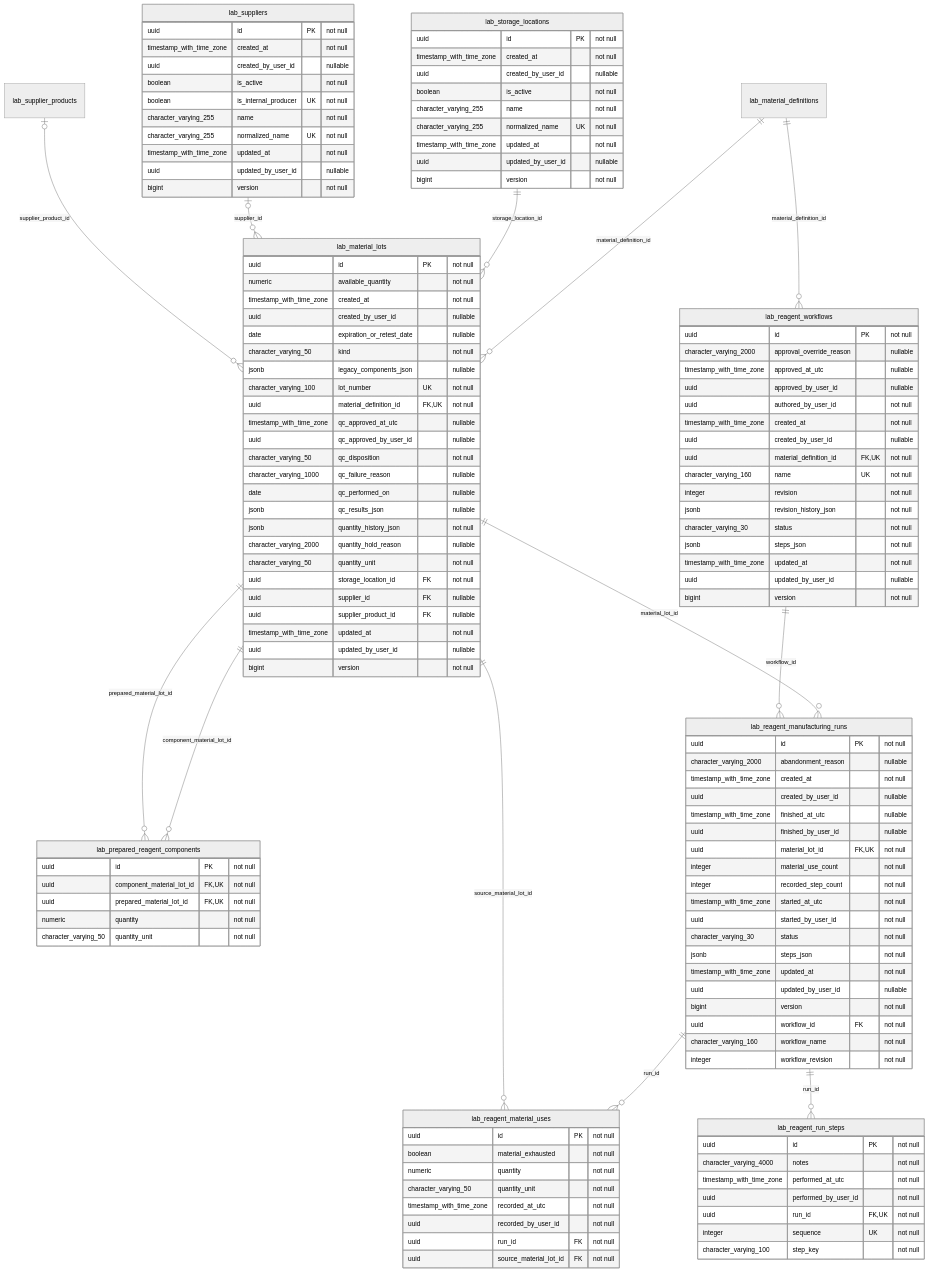
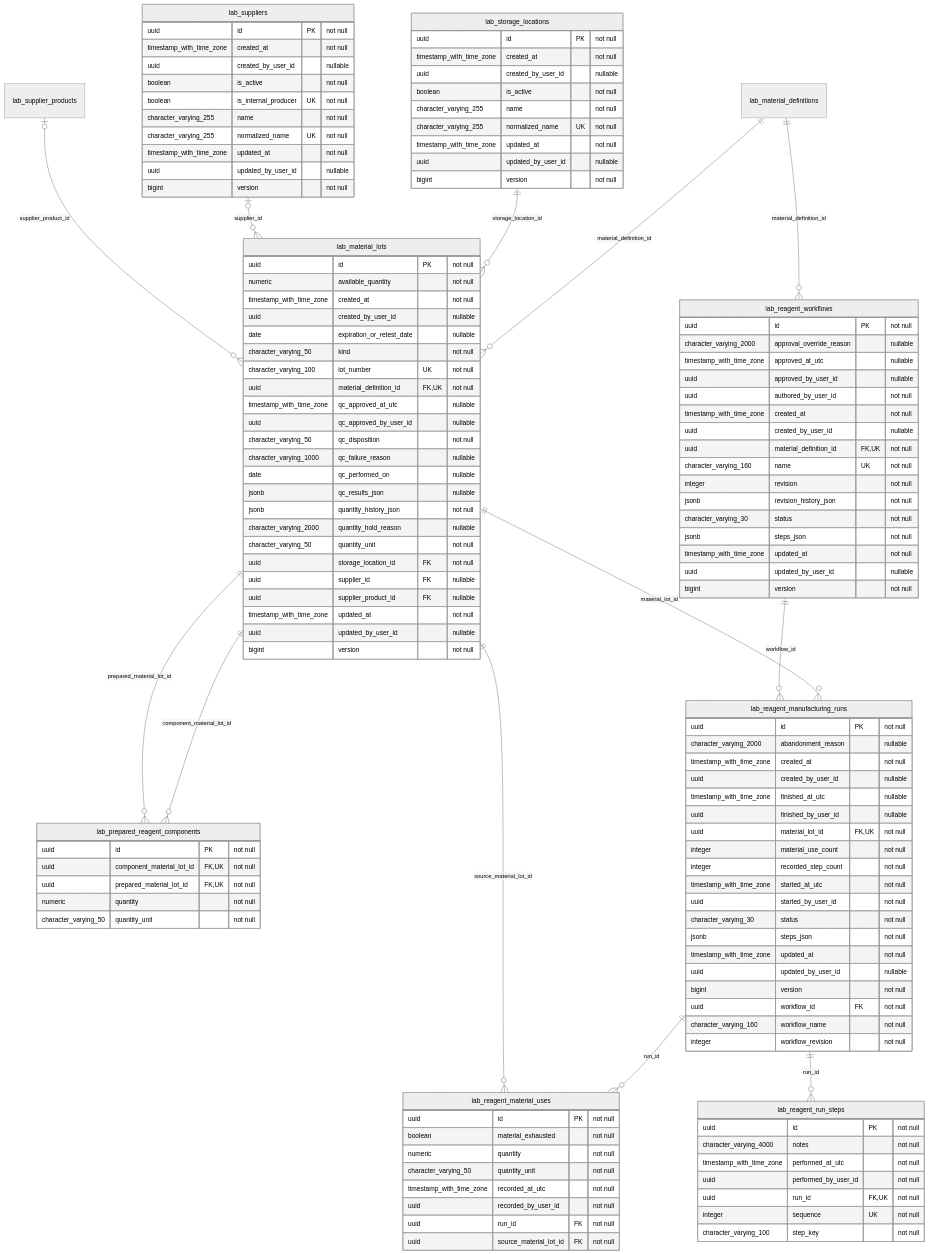
Before and after one commit to behaack/phaeno-ops-mgmt-system: diagram 28 of 35 in docs/database-erd.md, drawn with Mermaid (neutral theme). The commit also changed other lines of this file and 249 other files, not shown here.

```diff
--- a/docs/database-erd.md
+++ b/docs/database-erd.md
@@ -3779,7 +3760,6 @@
         uuid created_by_user_id "nullable"
         date expiration_or_retest_date "nullable"
         character_varying_50 kind "not null"
-        jsonb legacy_components_json "nullable"
         character_varying_100 lot_number UK "not null"
         uuid material_definition_id FK,UK "not null"
         timestamp_with_time_zone qc_approved_at_utc "nullable"
```
